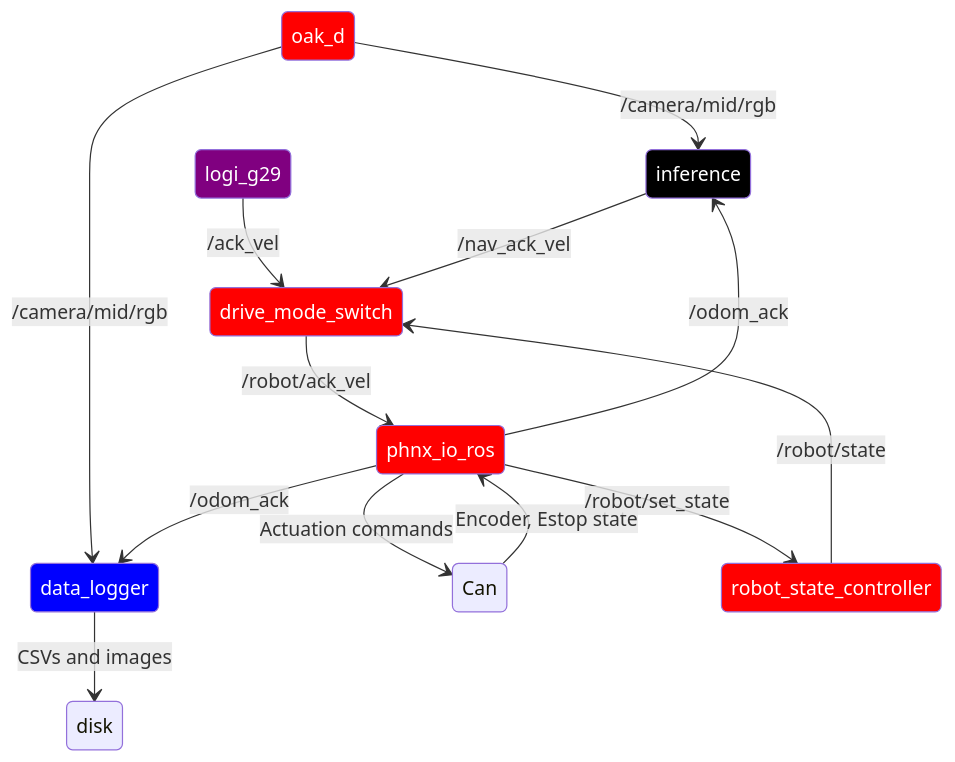
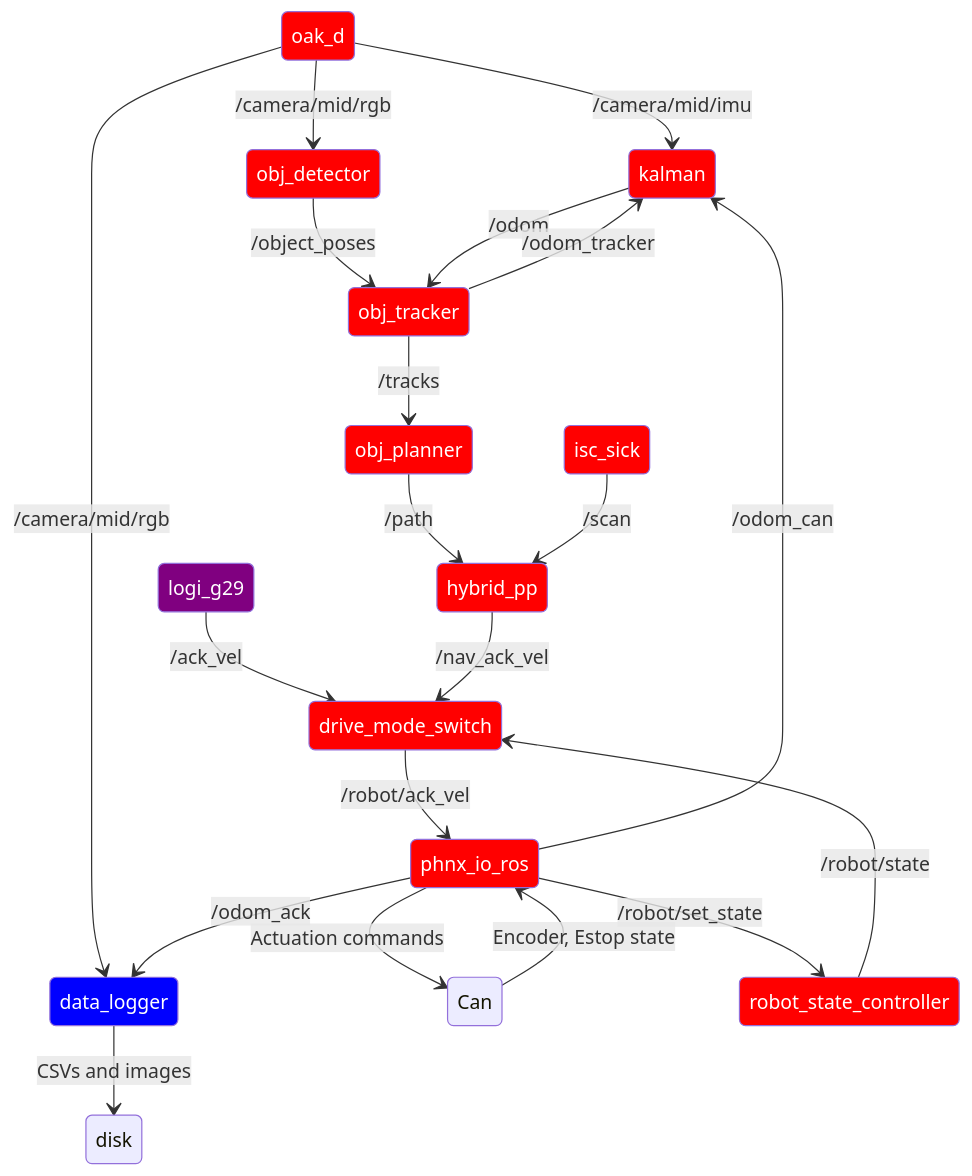
The diagram in software/ros/phoenix_robot.md (ISC-Project-Phoenix/design), drawn with Mermaid before and after one commit. The commit also changed other lines of this file, not shown here.

Commit message:
Update phoenix_robot.md
Add ongoing plan as mermaid. These changes are not yet reflected in docs

````diff
--- a/software/ros/phoenix_robot.md
+++ b/software/ros/phoenix_robot.md
@@ -24,29 +24,41 @@
 ```mermaid
 stateDiagram-v2
     classDef common color:white,fill:red
     classDef data color:white,fill:blue
     classDef prod color:white,fill:black
     classDef util color:white,fill:purple
 
     %% Hardware interfaces
     oak_d:::common --> data_logger:::data: /camera/mid/rgb
     Can --> phnx_io_ros:::common: Encoder, Estop state
     phnx_io_ros:::common --> Can: Actuation commands
     
     %% command controllers
     drive_mode_switch:::common --> phnx_io_ros:::common: /robot/ack_vel
     logi_g29:::util --> drive_mode_switch:::common: /ack_vel
     
     %% state control
     phnx_io_ros:::common --> robot_state_controller:::common: /robot/set_state
     robot_state_controller:::common --> drive_mode_switch:::common: /robot/state
 
     %% logging
     phnx_io_ros:::common --> data_logger:::data: /odom_ack
     data_logger:::data --> disk: CSVs and images
 
-    %% NN
-    inference:::prod --> drive_mode_switch:::common: /nav_ack_vel
-    oak_d:::common --> inference:::prod: /camera/mid/rgb
-    phnx_io_ros:::common --> inference:::prod: /odom_ack
+    %% Localisation
+    phnx_io_ros:::common --> kalman:::common: /odom_can
+    oak_d:::common --> kalman:::common: /camera/mid/imu
+
+    %% new stuff
+    oak_d:::common --> obj_detector:::common: /camera/mid/rgb
+    obj_detector:::common --> obj_tracker:::common: /object_poses
+
+    kalman:::common --> obj_tracker:::common: /odom
+    obj_tracker:::common --> kalman:::common: /odom_tracker
+    obj_tracker:::common --> obj_planner:::common: /tracks
+
+    obj_planner:::common --> hybrid_pp:::common: /path
+    hybrid_pp:::common --> drive_mode_switch: /nav_ack_vel
+
+    isc_sick:::common --> hybrid_pp:::common: /scan
 ```
````
